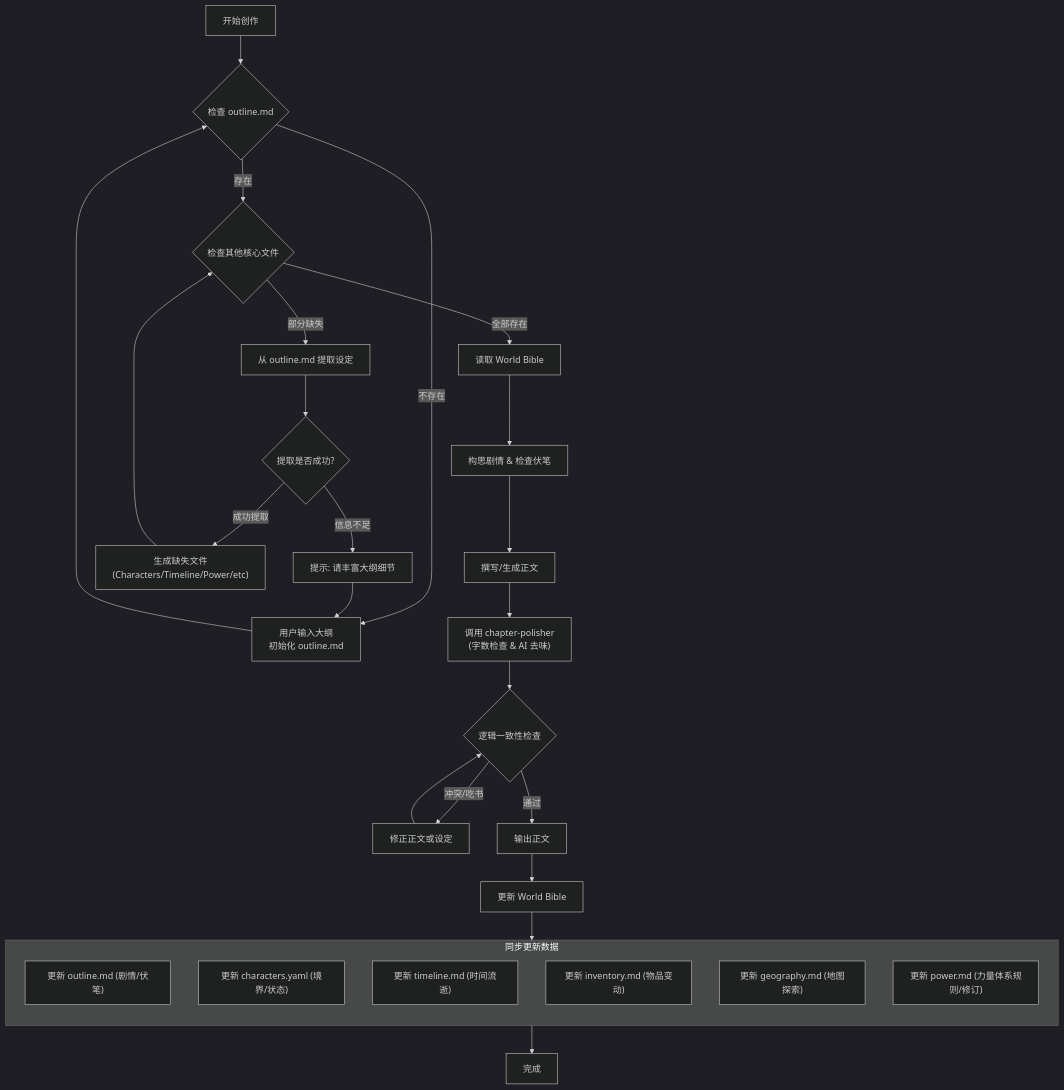
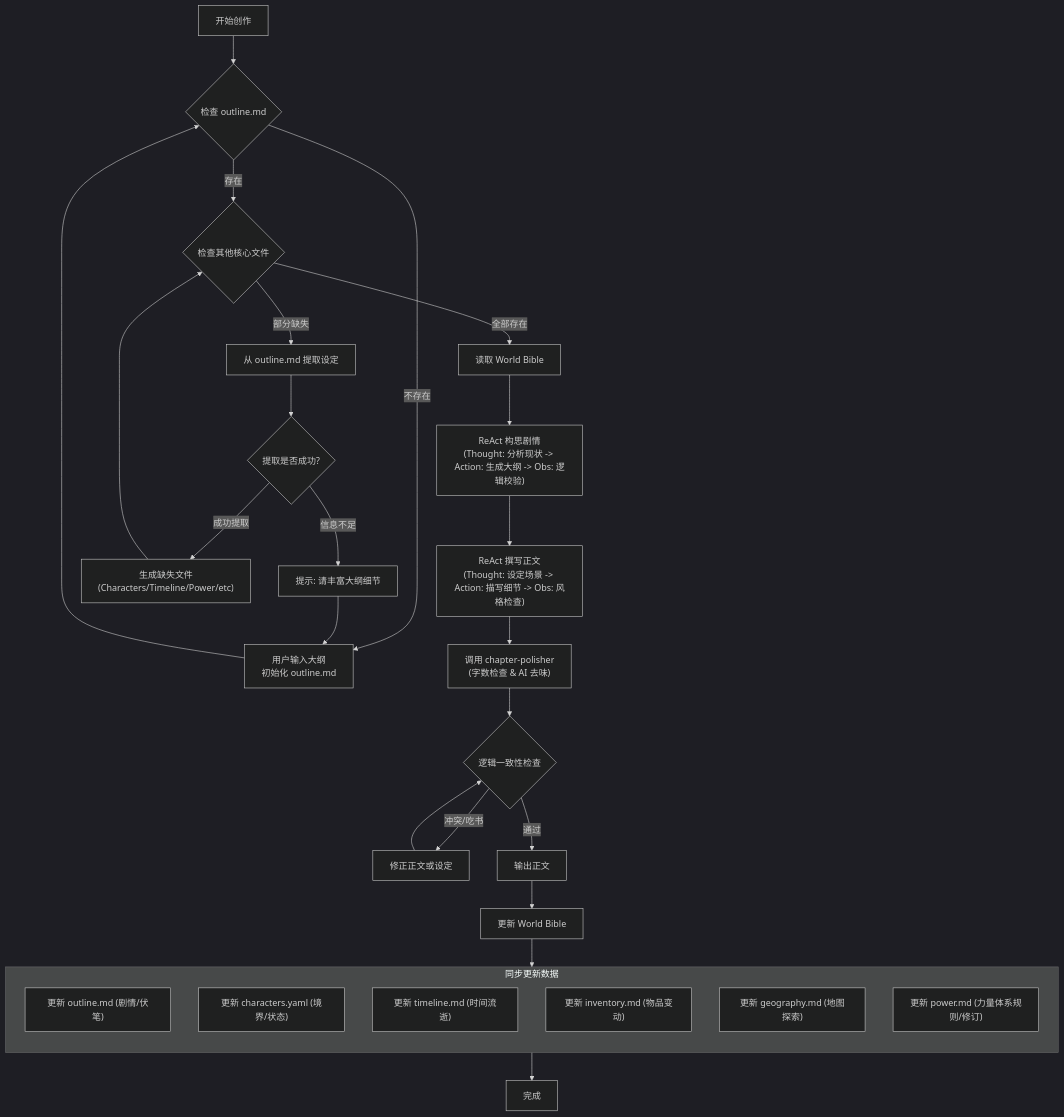
Before and after one commit to tiger-yi/novel-assistant: the diagram in AGENTS.md, drawn with Mermaid (dark theme). The commit also changed other lines of this file, not shown here.

````diff
--- a/AGENTS.md
+++ b/AGENTS.md
@@ -33,44 +33,44 @@
 ```mermaid
 flowchart TD
     Start["开始创作"] --> CheckOutline{"检查 outline.md"}
 
     CheckOutline -->|"不存在"| InputOutline["用户输入大纲\n初始化 outline.md"]
     InputOutline --> CheckOutline
 
     CheckOutline -->|"存在"| CheckOthers{"检查其他核心文件"}
     
     CheckOthers -->|"部分缺失"| Extract["从 outline.md 提取设定"]
     Extract --> VerifyExtract{"提取是否成功?"}
     
     VerifyExtract -->|"信息不足"| RequestUpdate["提示: 请丰富大纲细节"]
     RequestUpdate --> InputOutline
     
     VerifyExtract -->|"成功提取"| Generate["生成缺失文件\n(Characters/Timeline/Power/etc)"]
     Generate --> CheckOthers
     
     CheckOthers -->|"全部存在"| Read["读取 World Bible"]
 
-    Read --> Plan["构思剧情 & 检查伏笔"]
-    Plan --> Draft["撰写/生成正文"]
+    Read --> Plan["ReAct 构思剧情\n(Thought: 分析现状 -> Action: 生成大纲 -> Obs: 逻辑校验)"]
+    Plan --> Draft["ReAct 撰写正文\n(Thought: 设定场景 -> Action: 描写细节 -> Obs: 风格检查)"]
     Draft --> Polish["调用 chapter-polisher\n(字数检查 & AI 去味)"]
     Polish --> Verify{"逻辑一致性检查"}
     
     Verify -->|"冲突/吃书"| Fix["修正正文或设定"]
     Fix --> Verify
     
     Verify -->|"通过"| Publish["输出正文"]
     Publish --> Update["更新 World Bible"]
     
     subgraph UpdateBible ["同步更新数据"]
         direction TB
         U1["更新 outline.md (剧情/伏笔)"]
         U2["更新 characters.yaml (境界/状态)"]
         U3["更新 timeline.md (时间流逝)"]
         U4["更新 inventory.md (物品变动)"]
         U5["更新 geography.md (地图探索)"]
         U6["更新 power.md (力量体系规则/修订)"]
     end
     
     Update --> UpdateBible
     UpdateBible --> Finish["完成"]
 ```
````
